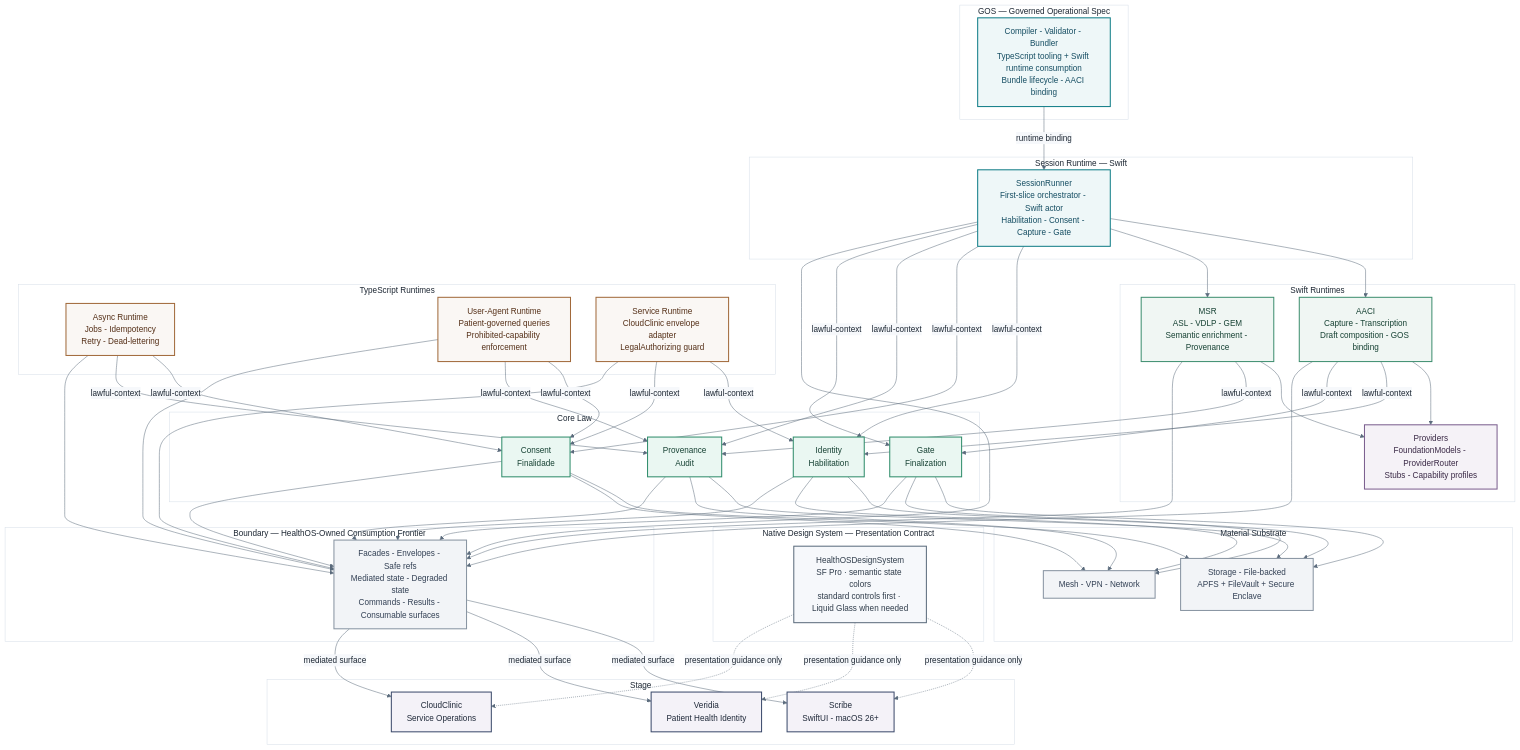
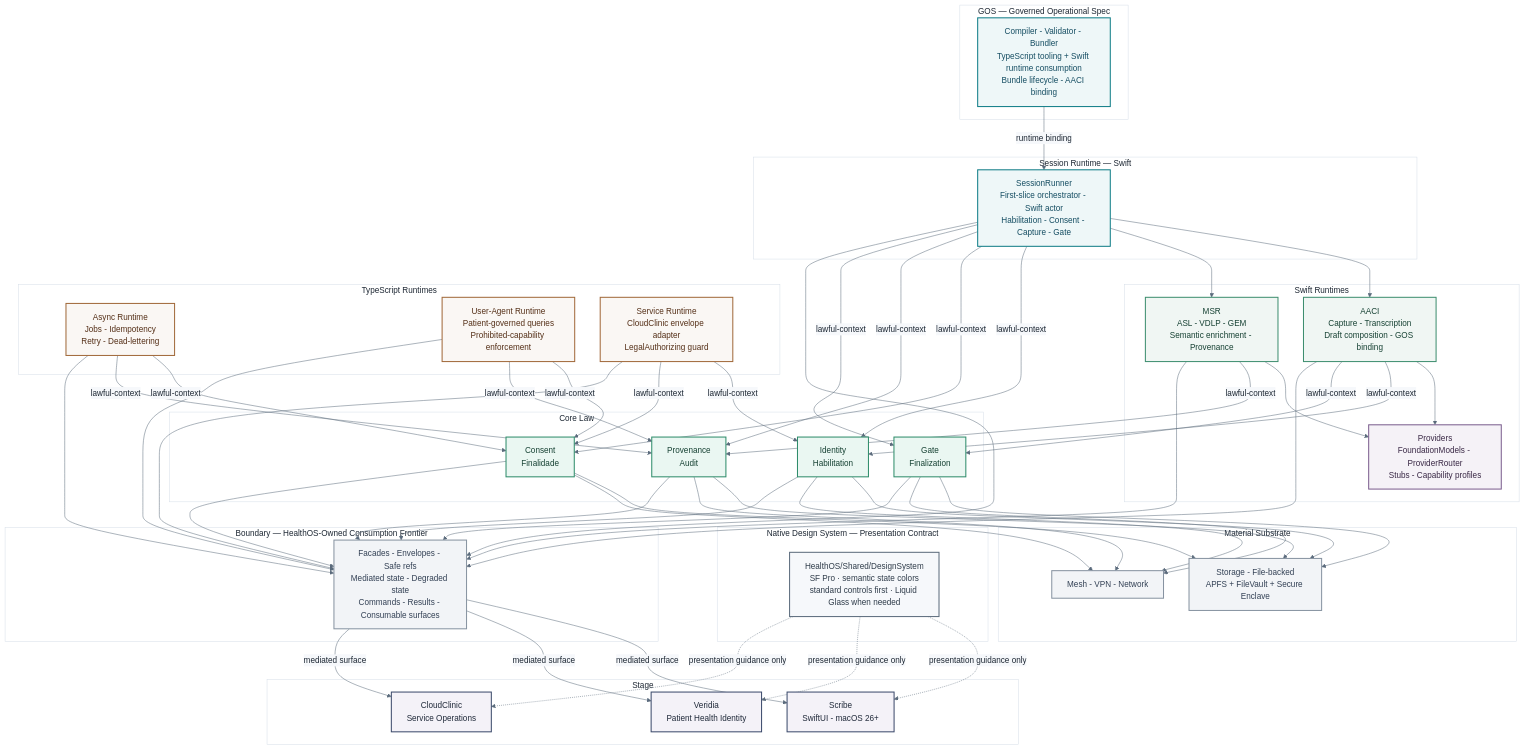
Before and after one commit to myselfgus/HealthOScaffold: the second of 12 diagrams in README.md, drawn with Mermaid. The commit also changed other lines of this file and 30 other files, not shown here.

```diff
--- a/README.md
+++ b/README.md
@@ -116,7 +116,7 @@
     end
 
     subgraph DS_L["  Native Design System — Presentation Contract  "]
-        DS[HealthOSDesignSystem\nSF Pro · semantic state colors\nstandard controls first · Liquid Glass when needed]
+        DS[HealthOS/Shared/DesignSystem\nSF Pro · semantic state colors\nstandard controls first · Liquid Glass when needed]
     end
 
     subgraph GOS_L["  GOS — Governed Operational Spec  "]
```
